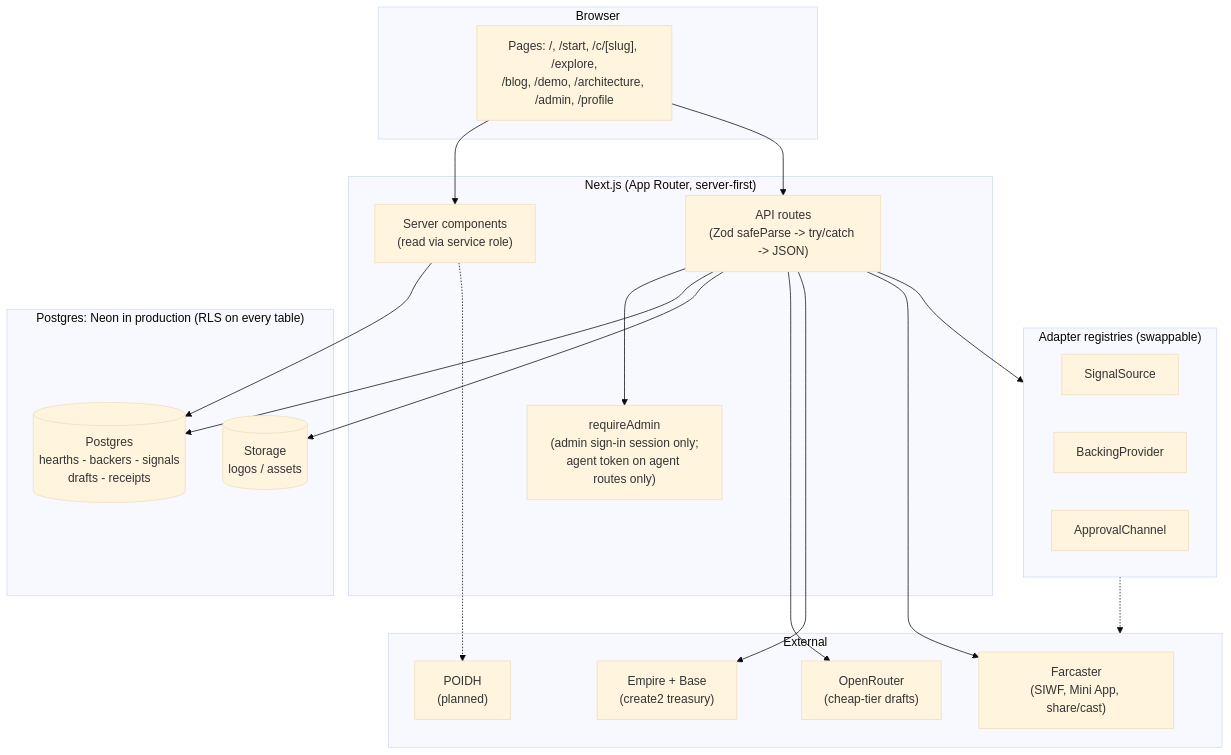
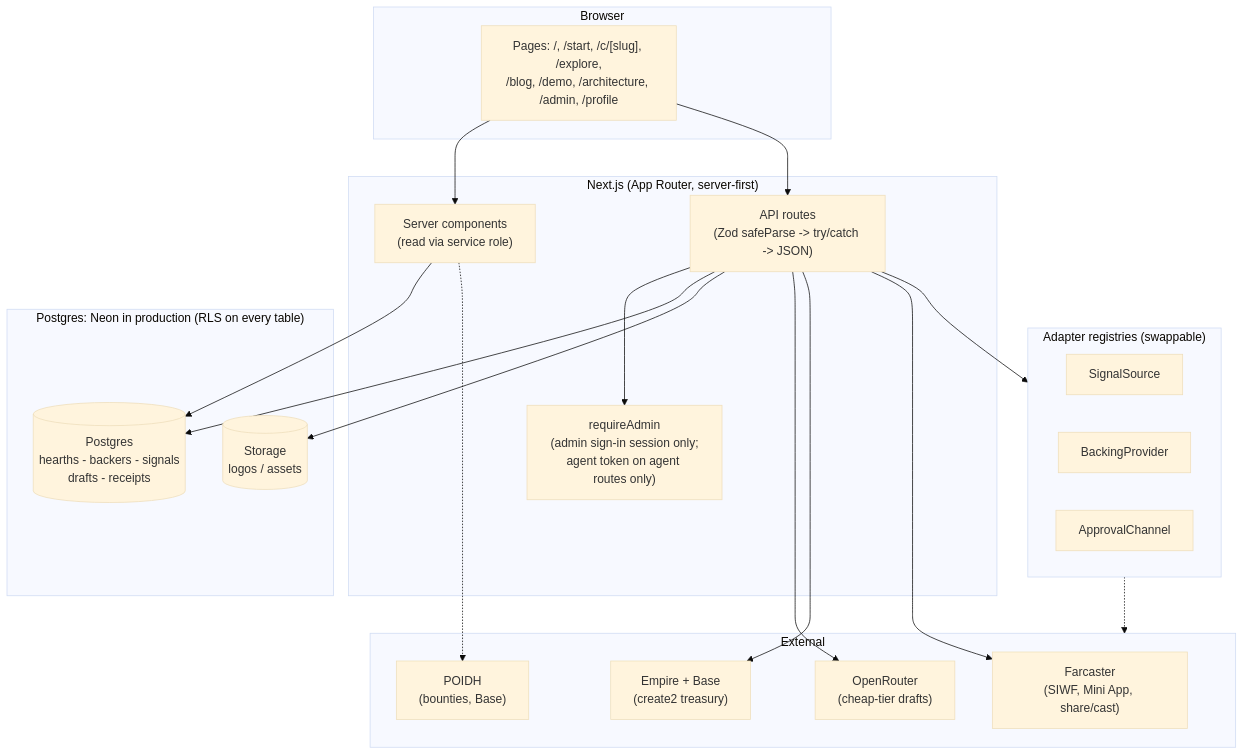
One commit to bettercallzaal/sparkz changed the second of 6 diagrams in README.md. Above: the diagram before and after it, drawn with Mermaid (base theme). The commit also changed other lines of this file, not shown here.

````diff
--- a/README.md
+++ b/README.md
@@ -200,43 +218,43 @@
 ```mermaid
 flowchart TB
   subgraph Browser
     UI["Pages: /, /start, /c/[slug], /explore,<br/>/blog, /demo, /architecture, /admin, /profile"]
   end
 
   subgraph Next["Next.js (App Router, server-first)"]
     Pages["Server components<br/>(read via service role)"]
     API["API routes<br/>(Zod safeParse -> try/catch -> JSON)"]
     Auth["requireAdmin<br/>(admin sign-in session only;<br/>agent token on agent routes only)"]
   end
 
   subgraph Data["Postgres: Neon in production (RLS on every table)"]
     DB[("Postgres<br/>hearths - backers - signals<br/>drafts - receipts")]
     Store[("Storage<br/>logos / assets")]
   end
 
   subgraph Seams["Adapter registries (swappable)"]
     SS["SignalSource"]
     BP["BackingProvider"]
     AC["ApprovalChannel"]
   end
 
   subgraph Ext["External"]
     OR["OpenRouter<br/>(cheap-tier drafts)"]
     EM["Empire + Base<br/>(create2 treasury)"]
     FC["Farcaster<br/>(SIWF, Mini App, share/cast)"]
-    PO["POIDH<br/>(planned)"]
+    PO["POIDH<br/>(bounties, Base)"]
   end
 
   UI --> Pages
   UI --> API
   API --> Auth
   Pages --> DB
   API --> DB
   API --> Store
   API --> Seams
   Seams -.-> Ext
   API --> OR
   API --> EM
   API --> FC
   Pages -.-> PO
 ```
````
